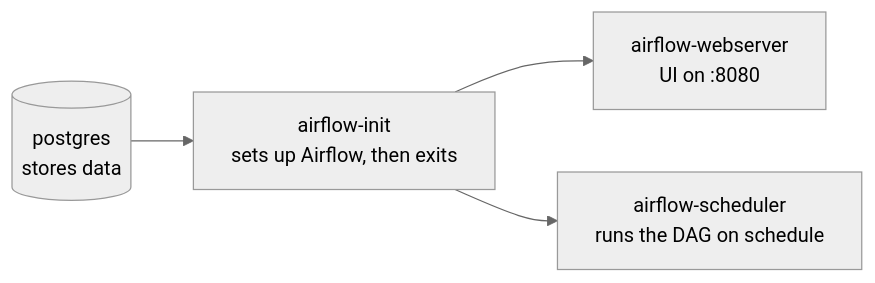
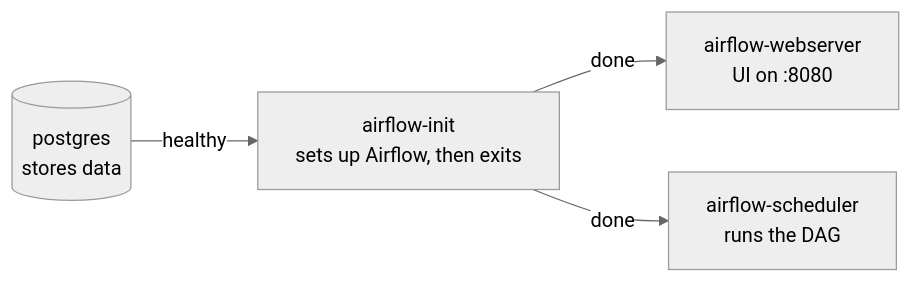
The fourth of 5 diagrams in README.md (kazuma761/Stock-market), drawn with Mermaid (neutral theme) before and after one commit. The commit also changed other lines of this file and 14 other files, not shown here.

````diff
--- a/README.md
+++ b/README.md
@@ -148,6 +236,6 @@
 ```mermaid
 flowchart LR
-    PG[("postgres<br/>stores data")] --> INIT["airflow-init<br/>sets up Airflow, then exits"]
-    INIT --> WEB["airflow-webserver<br/>UI on :8080"]
-    INIT --> SCH["airflow-scheduler<br/>runs the DAG on schedule"]
+    PG[("postgres<br/>stores data")] -->|"healthy"| INIT["airflow-init<br/>sets up Airflow, then exits"]
+    INIT -->|"done"| WEB["airflow-webserver<br/>UI on :8080"]
+    INIT -->|"done"| SCH["airflow-scheduler<br/>runs the DAG"]
 ```
````
